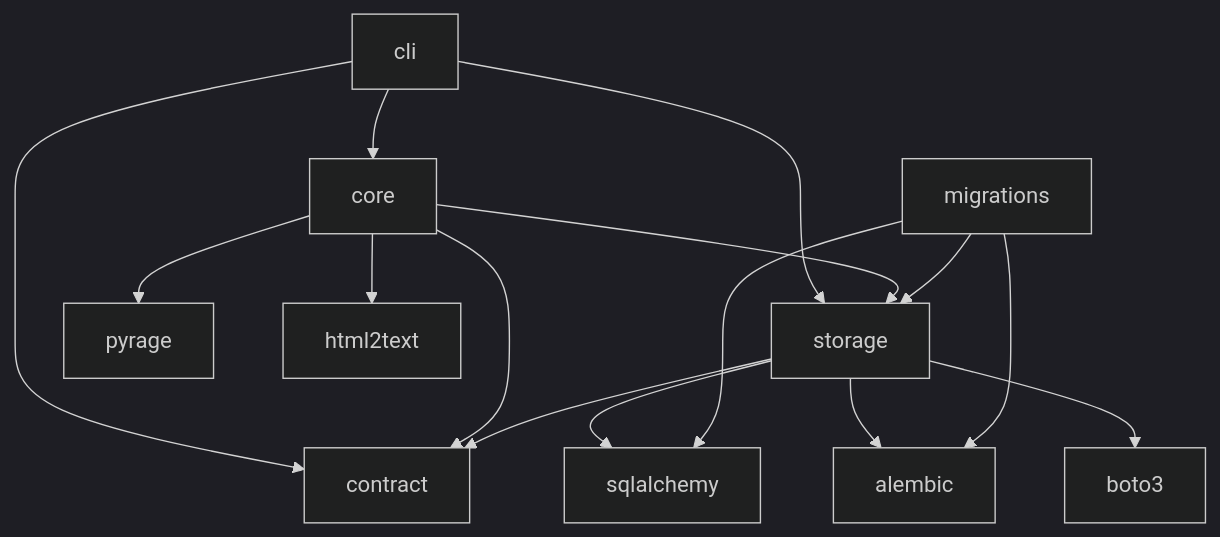
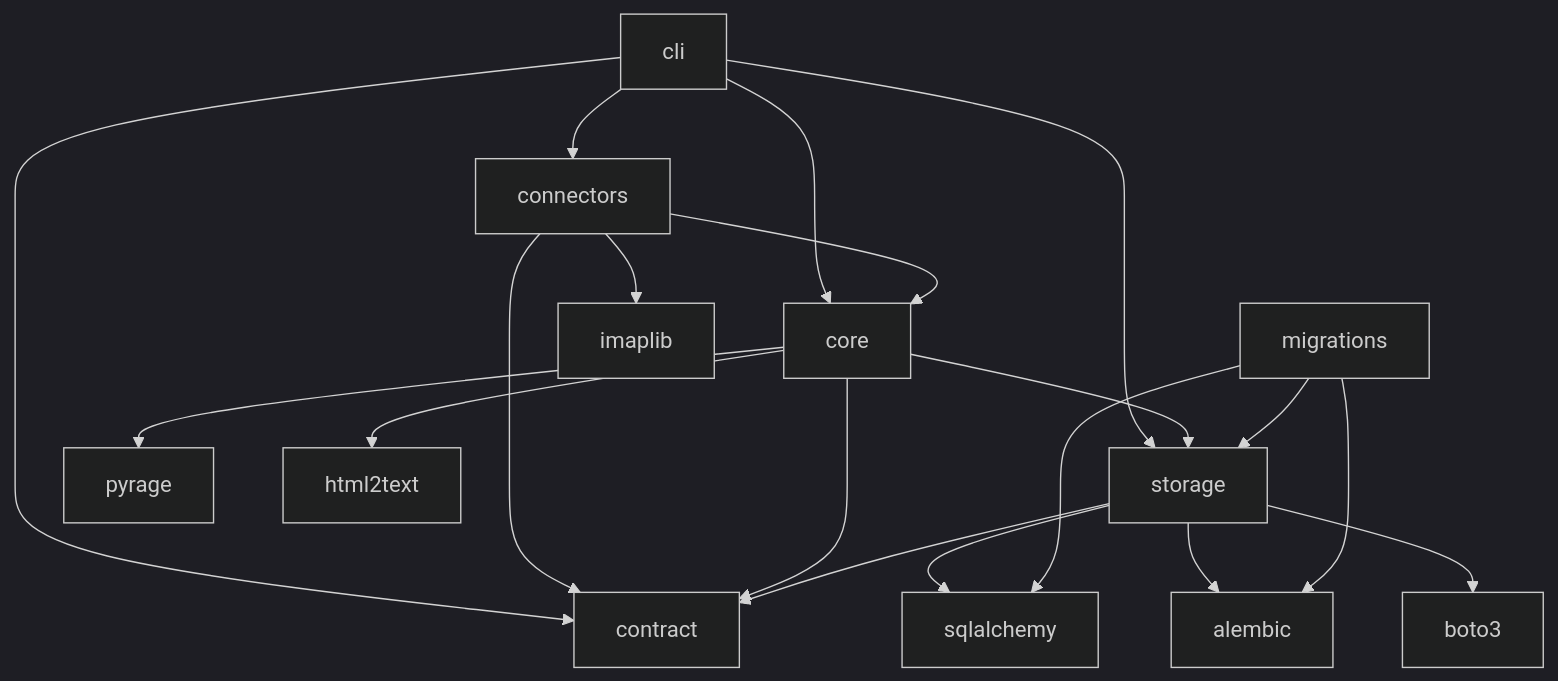
One commit to jensens/previously changed the diagram in docs/explanation/module-boundaries.md. Above: the diagram before and after it, drawn with Mermaid (dark theme). The commit also changed other lines of this file and 16 other files, not shown here.

````diff
--- a/docs/explanation/module-boundaries.md
+++ b/docs/explanation/module-boundaries.md
@@ -26,19 +27,23 @@
 ```{mermaid}
-:caption: The import edges on 2026-10-06: seven between its own modules, and not one of them exempted. Seven arrows leave the package.
+:caption: The import edges on 2026-10-06: ten between its own modules, and not one of them exempted. Eight arrows leave the package.
 
 graph TD
-    cli[cli] --> core[core]
+    cli[cli] --> connectors[connectors]
+    cli --> core[core]
     cli --> storage[storage]
     cli --> contract[contract]
+    connectors --> core
+    connectors --> contract
     core --> storage
     core --> contract
     migrations[migrations] --> storage
     storage --> contract
     storage --> sqlalchemy[sqlalchemy]
     storage --> alembic[alembic]
     migrations --> sqlalchemy
     migrations --> alembic
     core --> pyrage[pyrage]
     storage --> boto3[boto3]
     core --> html2text[html2text]
+    connectors --> imaplib[imaplib]
 ```
````
